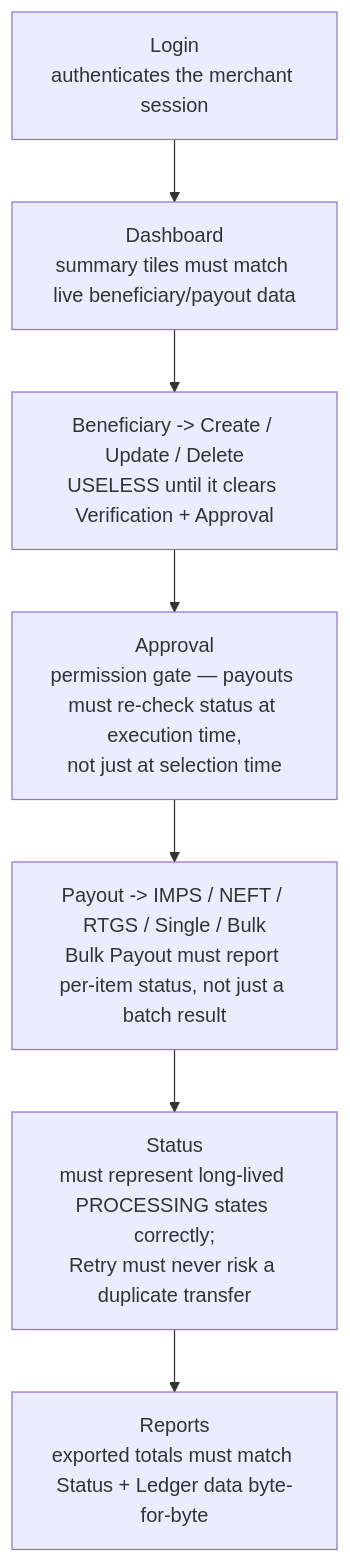
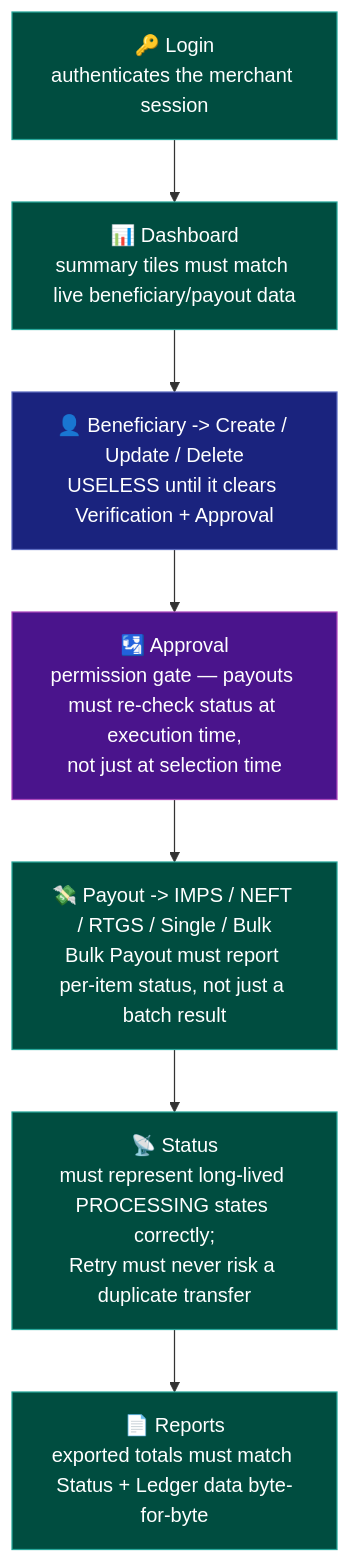
One commit to ghanendra-sdet/fintech-payout-engine changed the diagram in README.md. Above: the diagram before and after it, drawn with Mermaid. The commit also changed other lines of this file, not shown here.

Commit message:
fix: correct test case count and ToC gap in README

````diff
--- a/README.md
+++ b/README.md
@@ -147,9 +148,17 @@
 ```mermaid
 flowchart TD
-    A["Login<br/>authenticates the merchant session"] --> B["Dashboard<br/>summary tiles must match live beneficiary/payout data"]
-    B --> C["Beneficiary -> Create / Update / Delete<br/>USELESS until it clears Verification + Approval"]
-    C --> D["Approval<br/>permission gate — payouts must re-check status at execution time,<br/>not just at selection time"]
-    D --> E["Payout -> IMPS / NEFT / RTGS / Single / Bulk<br/>Bulk Payout must report per-item status, not just a batch result"]
-    E --> F["Status<br/>must represent long-lived PROCESSING states correctly;<br/>Retry must never risk a duplicate transfer"]
-    F --> G["Reports<br/>exported totals must match Status + Ledger data byte-for-byte"]
+    A["🔑 Login<br/>authenticates the merchant session"] --> B["📊 Dashboard<br/>summary tiles must match live beneficiary/payout data"]
+    B --> C["👤 Beneficiary -> Create / Update / Delete<br/>USELESS until it clears Verification + Approval"]
+    C --> D["🛂 Approval<br/>permission gate — payouts must re-check status at execution time,<br/>not just at selection time"]
+    D --> E["💸 Payout -> IMPS / NEFT / RTGS / Single / Bulk<br/>Bulk Payout must report per-item status, not just a batch result"]
+    E --> F["📡 Status<br/>must represent long-lived PROCESSING states correctly;<br/>Retry must never risk a duplicate transfer"]
+    F --> G["📄 Reports<br/>exported totals must match Status + Ledger data byte-for-byte"]
+
+    classDef service fill:#004d40,stroke:#26a69a,color:#fff
+    classDef gate fill:#4a148c,stroke:#ab47bc,color:#fff
+    classDef person fill:#1a237e,stroke:#5c6bc0,color:#fff
+    class A,B,F,G service
+    class C person
+    class D gate
+    class E service
 ```
````
